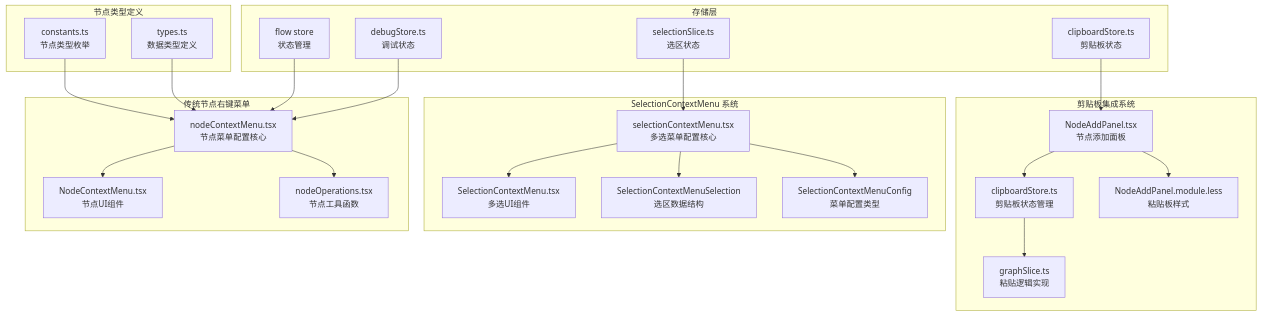
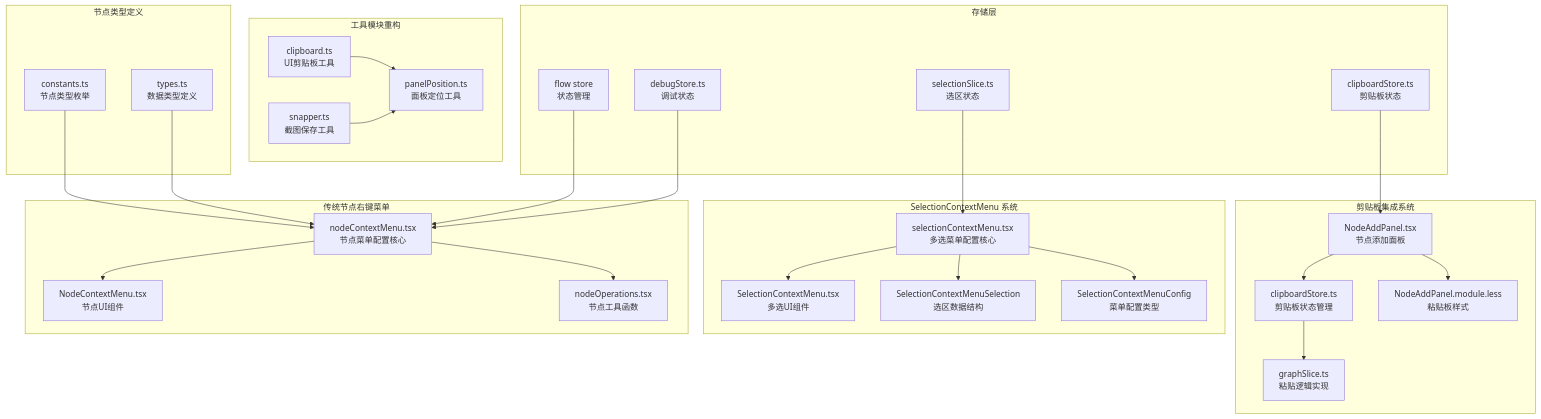
Before and after one commit to kqcoxn/MaaPipelineEditor: the first of 20 diagrams in .qoder/repowiki/zh/content/Node Context Menu.md, drawn with Mermaid. The commit also changed other lines of this file and 19 other files, not shown here.

````diff
--- a/.qoder/repowiki/zh/content/Node Context Menu.md
+++ b/.qoder/repowiki/zh/content/Node Context Menu.md
@@ -59,44 +66,51 @@
 ```mermaid
 graph TB
 subgraph "SelectionContextMenu 系统"
 A[selectionContextMenu.tsx<br/>多选菜单配置核心]
 B[SelectionContextMenu.tsx<br/>多选UI组件]
 C[SelectionContextMenuSelection<br/>选区数据结构]
 D[SelectionContextMenuConfig<br/>菜单配置类型]
 end
 subgraph "传统节点右键菜单"
 E[nodeContextMenu.tsx<br/>节点菜单配置核心]
 F[NodeContextMenu.tsx<br/>节点UI组件]
 G[nodeOperations.tsx<br/>节点工具函数]
 end
 subgraph "剪贴板集成系统"
 H[NodeAddPanel.tsx<br/>节点添加面板]
 I[clipboardStore.ts<br/>剪贴板状态管理]
 J[graphSlice.ts<br/>粘贴逻辑实现]
 K[NodeAddPanel.module.less<br/>粘贴板样式]
 end
+subgraph "工具模块重构"
+L[clipboard.ts<br/>UI剪贴板工具]
+M[snapper.ts<br/>截图保存工具]
+N[panelPosition.ts<br/>面板定位工具]
+end
 subgraph "节点类型定义"
-L[constants.ts<br/>节点类型枚举]
-M[types.ts<br/>数据类型定义]
+O[constants.ts<br/>节点类型枚举]
+P[types.ts<br/>数据类型定义]
 end
 subgraph "存储层"
-N[flow store<br/>状态管理]
-O[debugStore.ts<br/>调试状态]
-P[selectionSlice.ts<br/>选区状态]
-Q[clipboardStore.ts<br/>剪贴板状态]
+Q[flow store<br/>状态管理]
+R[debugStore.ts<br/>调试状态]
+S[selectionSlice.ts<br/>选区状态]
+T[clipboardStore.ts<br/>剪贴板状态]
 end
 A --> B
 A --> C
 A --> D
 E --> F
 E --> G
 H --> I
 I --> J
 H --> K
-L --> E
-M --> E
-N --> E
+L --> N
+M --> N
 O --> E
-P --> A
-Q --> H
+P --> E
+Q --> E
+R --> E
+S --> A
+T --> H
 ```
````
